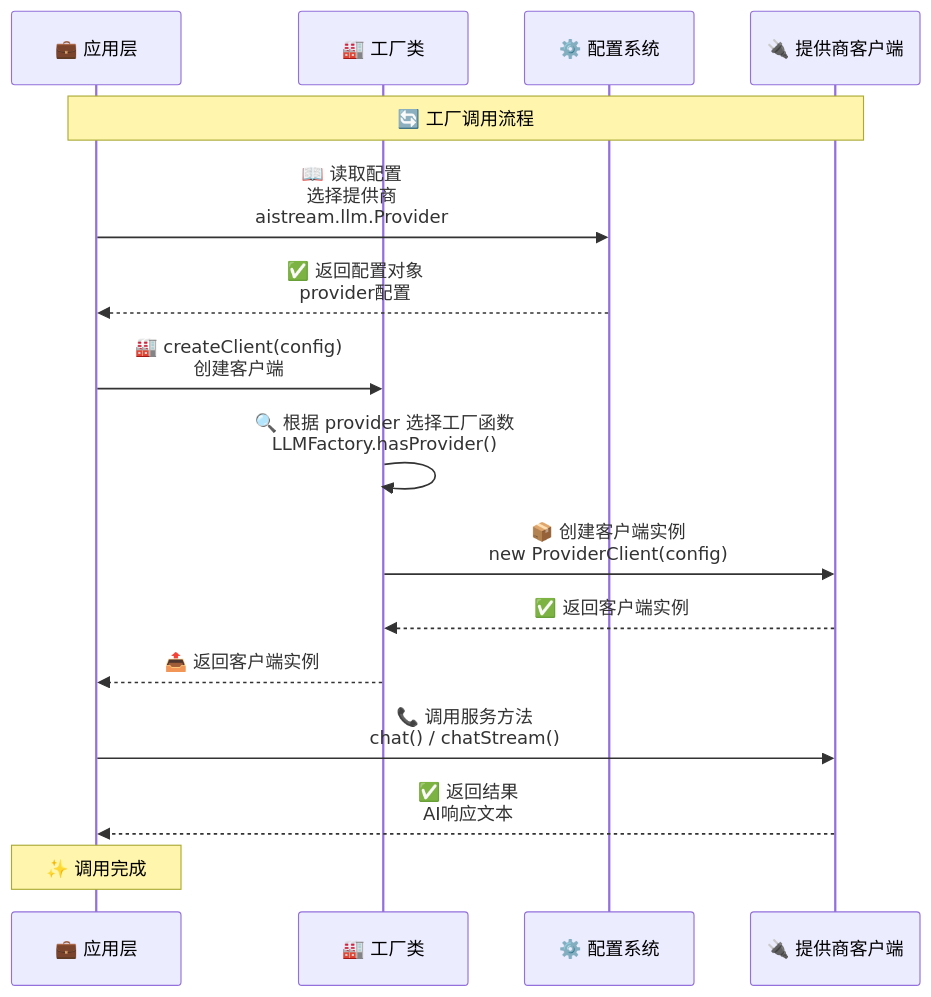
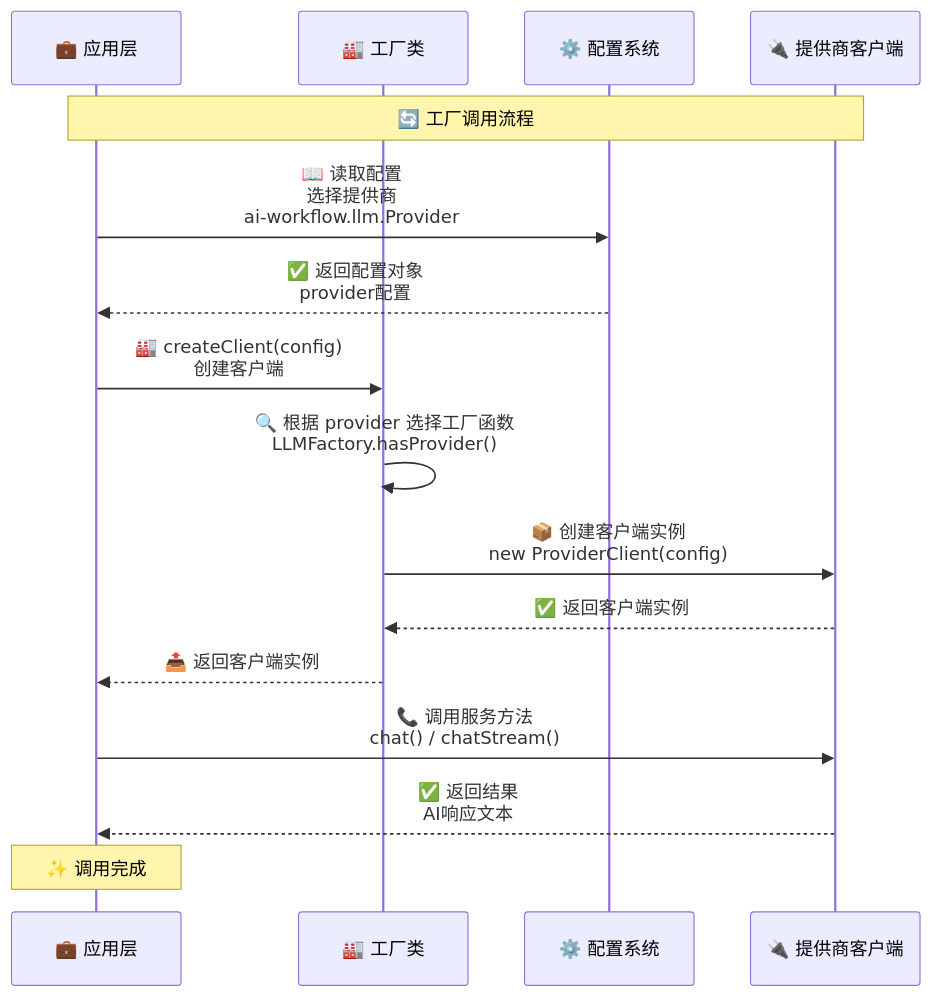
One commit to sunflowermm/XRK-AGT changed the diagram in docs/factory.md. Above: the diagram before and after it, drawn with Mermaid. The commit also changed other lines of this file and 236 other files, not shown here.

Commit message:
1）refactor: aistream/stream 硬切为 ai-workflow/workflow，统一 Runtime 与 Core 命名契约 2）refactor: 将 crawl 与通用工具下沉 src，使 system-Core 成为可复制的薄参考 Core 3）refactor: 修正部分底层谬误 [✏️ 151 修改, 🗑️ 5 删除] +1502 -1599 行

````diff
--- a/docs/factory.md
+++ b/docs/factory.md
@@ -41,21 +41,21 @@
 ```mermaid
 sequenceDiagram
     participant App as 💼 应用层
     participant Factory as 🏭 工厂类
     participant Config as ⚙️ 配置系统
     participant Provider as 🔌 提供商客户端
     
     Note over App,Provider: 🔄 工厂调用流程
     
-    App->>Config: 📖 读取配置<br/>选择提供商<br/>aistream.llm.Provider
+    App->>Config: 📖 读取配置<br/>选择提供商<br/>ai-workflow.llm.Provider
     Config-->>App: ✅ 返回配置对象<br/>provider配置
     App->>Factory: 🏭 createClient(config)<br/>创建客户端
     Factory->>Factory: 🔍 根据 provider 选择工厂函数<br/>LLMFactory.hasProvider()
     Factory->>Provider: 📦 创建客户端实例<br/>new ProviderClient(config)
     Provider-->>Factory: ✅ 返回客户端实例
     Factory-->>App: 📤 返回客户端实例
     App->>Provider: 📞 调用服务方法<br/>chat() / chatStream()
     Provider-->>App: ✅ 返回结果<br/>AI响应文本
     
     Note over App: ✨ 调用完成
 ```
````
